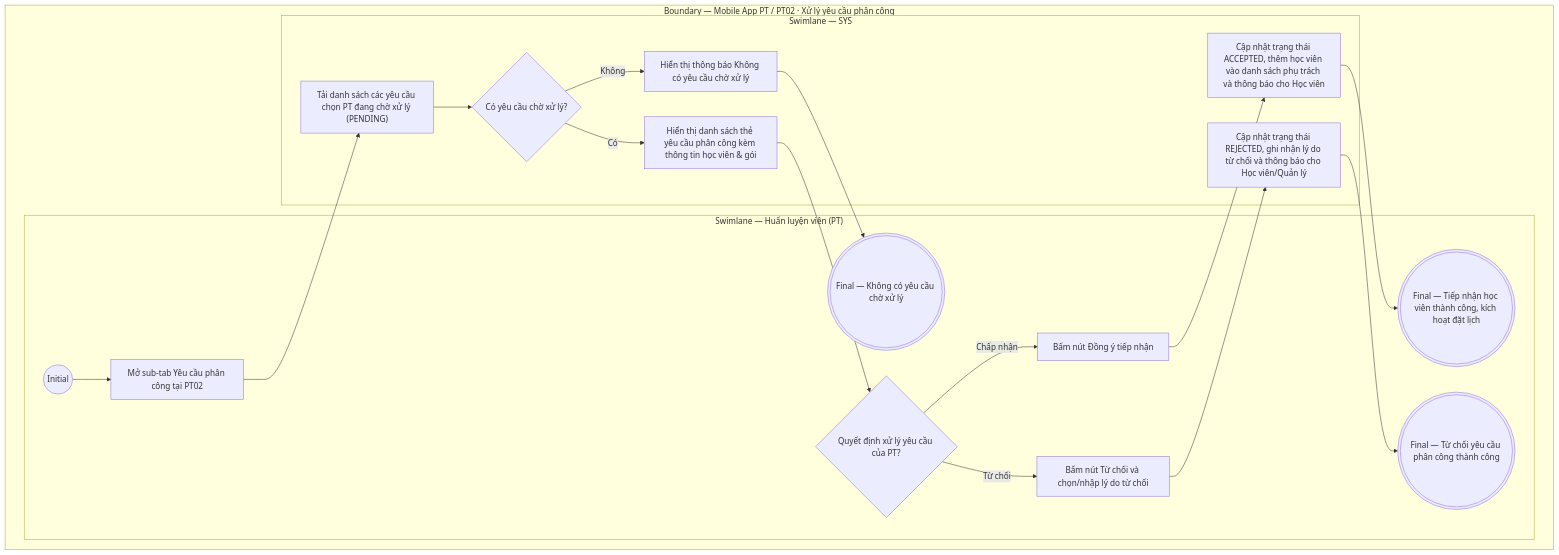
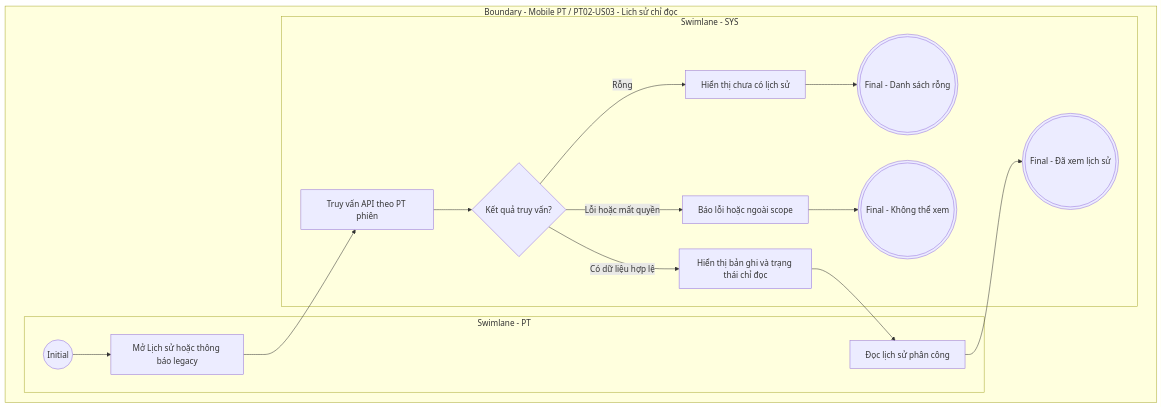
Before and after one commit to ThachY-23120411/Paradise-Gym-v2: the diagram in docs/user-stories/pt/PT02-Học viên/PT02-US03-Tiếp nhận và xử lý yêu cầu phân công PT.md, drawn with Mermaid. The commit also changed other lines of this file and 2325 other files, not shown here.

````diff
--- a/docs/user-stories/pt/PT02-Học viên/PT02-US03-Tiếp nhận và xử lý yêu cầu phân công PT.md
+++ b/docs/user-stories/pt/PT02-Học viên/PT02-US03-Tiếp nhận và xử lý yêu cầu phân công PT.md
@@ -53,38 +45,30 @@
 ```mermaid
 flowchart TB
-  subgraph B["Boundary — Mobile App PT / PT02 · Xử lý yêu cầu phân công"]
-    subgraph L0["Swimlane — Huấn luyện viên (PT)"]
-      I01(("Initial"))
-      A01["Mở sub-tab Yêu cầu phân công tại PT02"]
-      D01{"Quyết định xử lý yêu cầu của PT?"}
-      A02["Bấm nút Đồng ý tiếp nhận"]
-      A03["Bấm nút Từ chối và chọn/nhập lý do từ chối"]
-      F01((("Final — Tiếp nhận học viên thành công, kích hoạt đặt lịch")))
-      F02((("Final — Từ chối yêu cầu phân công thành công")))
-      F03((("Final — Không có yêu cầu chờ xử lý")))
+  subgraph B["Boundary - Mobile PT / PT02-US03 - Lịch sử chỉ đọc"]
+    subgraph L0["Swimlane - PT"]
+      I(("Initial"))
+      A["Mở Lịch sử hoặc thông báo legacy"]
+      V["Đọc lịch sử phân công"]
     end
-
-    subgraph L1["Swimlane — SYS"]
-      S01["Tải danh sách các yêu cầu chọn PT đang chờ xử lý (PENDING)"]
-      D02{"Có yêu cầu chờ xử lý?"}
-      E01["Hiển thị thông báo Không có yêu cầu chờ xử lý"]
-      S02["Hiển thị danh sách thẻ yêu cầu phân công kèm thông tin học viên & gói"]
-      S03["Cập nhật trạng thái ACCEPTED, thêm học viên vào danh sách phụ trách và thông báo cho Học viên"]
-      S04["Cập nhật trạng thái REJECTED, ghi nhận lý do từ chối và thông báo cho Học viên/Quản lý"]
-
-      I01 --> A01
-      A01 --> S01
-      S01 --> D02
-      D02 -- "Không" --> E01
-      E01 --> F03
-      D02 -- "Có" --> S02
-      S02 --> D01
-      D01 -- "Chấp nhận" --> A02
-      A02 --> S03
-      S03 --> F01
-      D01 -- "Từ chối" --> A03
-      A03 --> S04
-      S04 --> F02
+    subgraph L1["Swimlane - SYS"]
+      S["Truy vấn API theo PT phiên"]
+      D{"Kết quả truy vấn?"}
+      R["Hiển thị bản ghi và trạng thái chỉ đọc"]
+      E["Hiển thị chưa có lịch sử"]
+      X["Báo lỗi hoặc ngoài scope"]
+      F((("Final - Đã xem lịch sử")))
+      FE((("Final - Danh sách rỗng")))
+      FX((("Final - Không thể xem")))
     end
+    I --> A
+    A --> S
+    S --> D
+    D -->|Có dữ liệu hợp lệ| R
+    R --> V
+    V --> F
+    D -->|Rỗng| E
+    E --> FE
+    D -->|Lỗi hoặc mất quyền| X
+    X --> FX
   end
 ```
````
